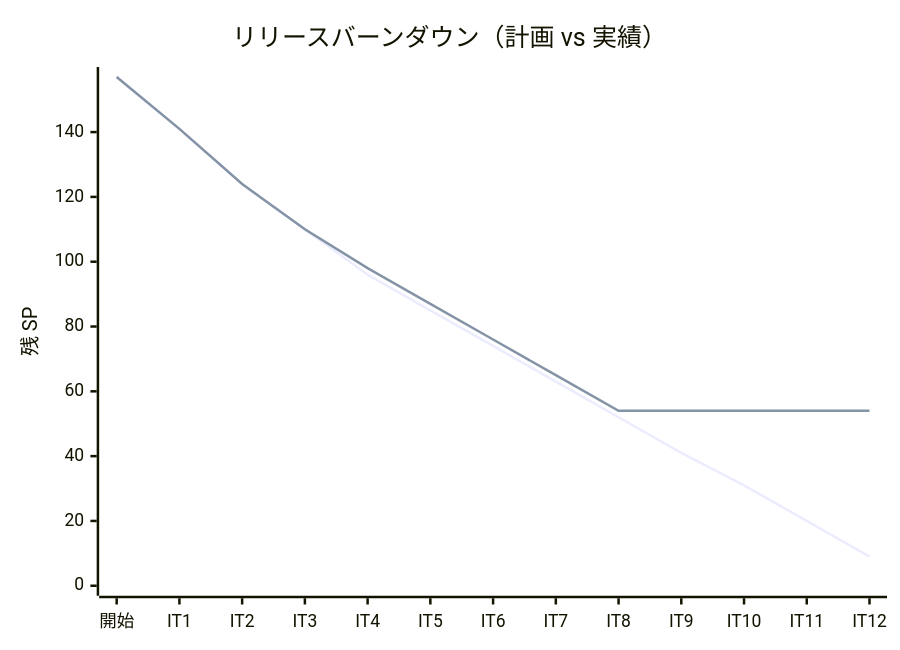
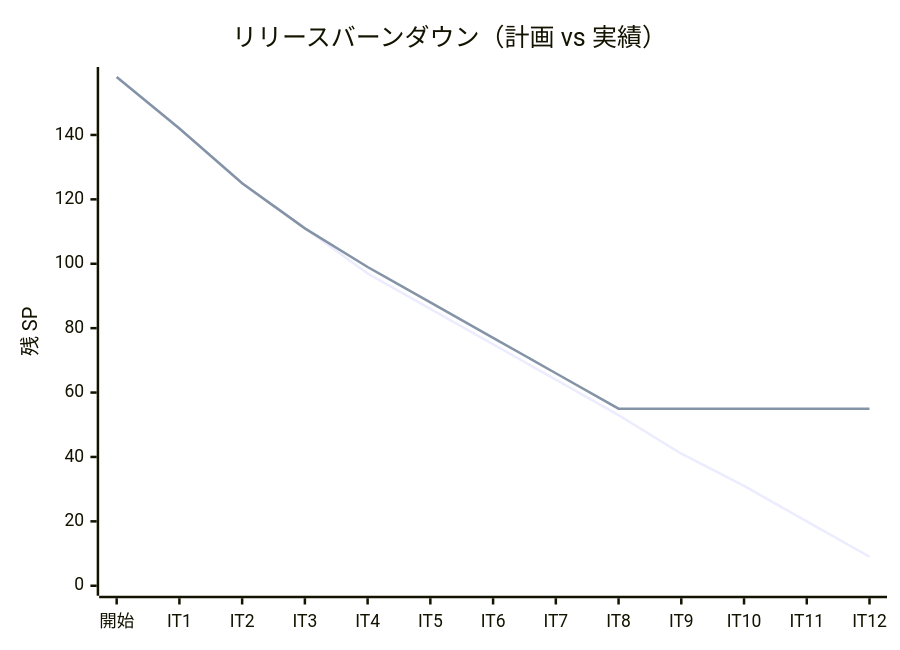
Before and after one commit to k2works/case-study-cargo-tracker: the third of 3 diagrams in docs/development/release_plan.md, drawn with Mermaid. The commit also changed other lines of this file and 4 other files, not shown here.

````diff
--- a/docs/development/release_plan.md
+++ b/docs/development/release_plan.md
@@ -585,8 +585,8 @@
 ```mermaid
 xychart-beta
     title "リリースバーンダウン（計画 vs 実績）"
     x-axis ["開始", "IT1", "IT2", "IT3", "IT4", "IT5", "IT6", "IT7", "IT8", "IT9", "IT10", "IT11", "IT12"]
-    y-axis "残 SP" 0 --> 157
-    line "計画" [157, 141, 124, 110, 96, 85, 74, 63, 52, 41, 31, 20, 9]
-    line "実績" [157, 141, 124, 110, 98, 87, 76, 65, 54, 54, 54, 54, 54]
+    y-axis "残 SP" 0 --> 158
+    line "計画" [158, 142, 125, 111, 97, 86, 75, 64, 53, 41, 31, 20, 9]
+    line "実績" [158, 142, 125, 111, 99, 88, 77, 66, 55, 55, 55, 55, 55]
 ```
````
